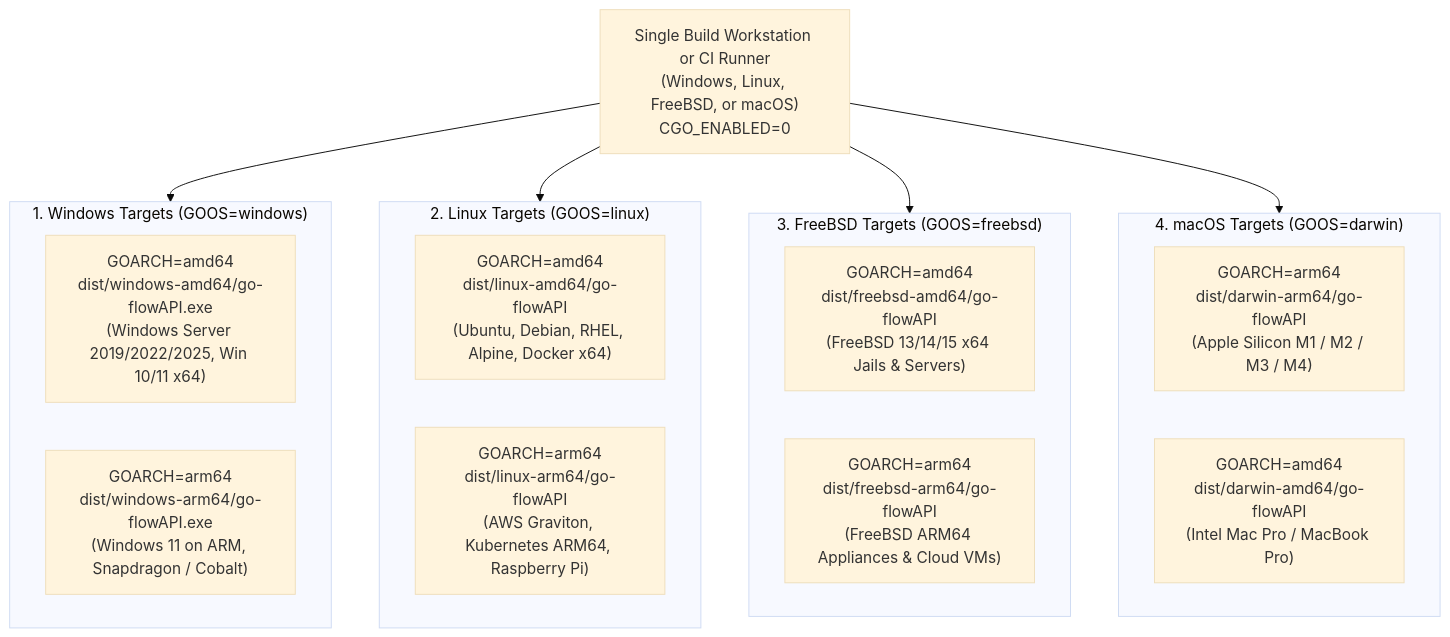
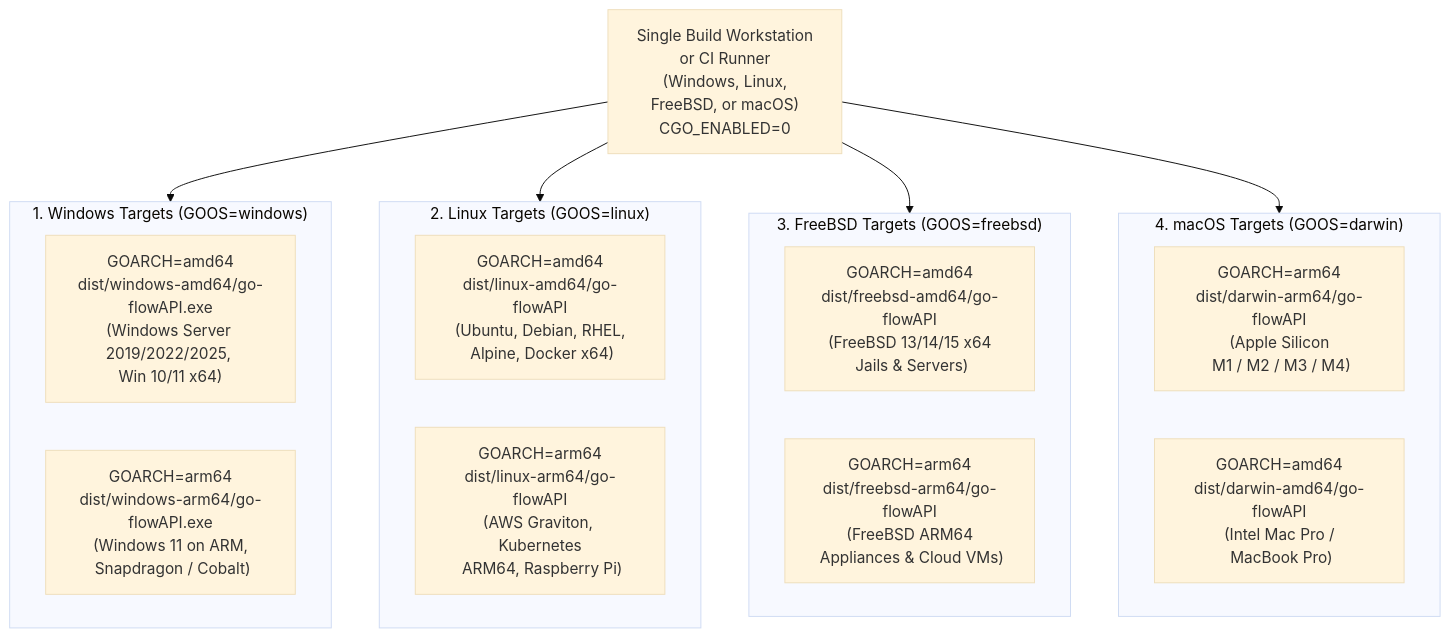
One commit to etl-madness/flow-docs changed the second of 2 diagrams in docs/guides/API_COMPILATION_AND_BUILD_GUIDE.md. Above: the diagram before and after it, drawn with Mermaid (base theme). The commit also changed other lines of this file and 4 other files, not shown here.

Commit message:
feat: git pages, mermaid graph cleanup v2

````diff
--- a/docs/guides/API_COMPILATION_AND_BUILD_GUIDE.md
+++ b/docs/guides/API_COMPILATION_AND_BUILD_GUIDE.md
@@ -141,26 +141,26 @@
 ```mermaid
 flowchart TD
-    HOST["Single Build Workstation or CI Runner<br/>(Windows, Linux, FreeBSD, or macOS)<br/>CGO_ENABLED=0"]
+    HOST["Single Build Workstation<br/> or CI Runner<br/>(Windows, Linux, <br/>FreeBSD, or macOS)<br/>CGO_ENABLED=0"]
 
     subgraph WinTargets["1. Windows Targets (GOOS=windows)"]
-        W_AMD["GOARCH=amd64<br/>dist/windows-amd64/go-flowAPI.exe<br/>(Windows Server 2019/2022/2025, Win 10/11 x64)"]
-        W_ARM["GOARCH=arm64<br/>dist/windows-arm64/go-flowAPI.exe<br/>(Windows 11 on ARM, Snapdragon / Cobalt)"]
+        W_AMD["GOARCH=amd64<br/>dist/windows-amd64/go-flowAPI.exe<br/>(Windows Server <br/>2019/2022/2025, <br/>Win 10/11 x64)"]
+        W_ARM["GOARCH=arm64<br/>dist/windows-arm64/go-flowAPI.exe<br/>(Windows 11 on ARM,<br/> Snapdragon / Cobalt)"]
     end
 
     subgraph LinTargets["2. Linux Targets (GOOS=linux)"]
-        L_AMD["GOARCH=amd64<br/>dist/linux-amd64/go-flowAPI<br/>(Ubuntu, Debian, RHEL, Alpine, Docker x64)"]
-        L_ARM["GOARCH=arm64<br/>dist/linux-arm64/go-flowAPI<br/>(AWS Graviton, Kubernetes ARM64, Raspberry Pi)"]
+        L_AMD["GOARCH=amd64<br/>dist/linux-amd64/go-flowAPI<br/>(Ubuntu, Debian, RHEL,<br/> Alpine, Docker x64)"]
+        L_ARM["GOARCH=arm64<br/>dist/linux-arm64/go-flowAPI<br/>(AWS Graviton, Kubernetes<br/> ARM64, Raspberry Pi)"]
     end
 
     subgraph BsdTargets["3. FreeBSD Targets (GOOS=freebsd)"]
-        F_AMD["GOARCH=amd64<br/>dist/freebsd-amd64/go-flowAPI<br/>(FreeBSD 13/14/15 x64 Jails & Servers)"]
-        F_ARM["GOARCH=arm64<br/>dist/freebsd-arm64/go-flowAPI<br/>(FreeBSD ARM64 Appliances & Cloud VMs)"]
+        F_AMD["GOARCH=amd64<br/>dist/freebsd-amd64/go-flowAPI<br/>(FreeBSD 13/14/15 x64<br/> Jails & Servers)"]
+        F_ARM["GOARCH=arm64<br/>dist/freebsd-arm64/go-flowAPI<br/>(FreeBSD ARM64<br/> Appliances & Cloud VMs)"]
     end
 
     subgraph MacTargets["4. macOS Targets (GOOS=darwin)"]
-        M_ARM["GOARCH=arm64<br/>dist/darwin-arm64/go-flowAPI<br/>(Apple Silicon M1 / M2 / M3 / M4)"]
-        M_AMD["GOARCH=amd64<br/>dist/darwin-amd64/go-flowAPI<br/>(Intel Mac Pro / MacBook Pro)"]
+        M_ARM["GOARCH=arm64<br/>dist/darwin-arm64/go-flowAPI<br/>(Apple Silicon<br/> M1 / M2 / M3 / M4)"]
+        M_AMD["GOARCH=amd64<br/>dist/darwin-amd64/go-flowAPI<br/>(Intel Mac Pro /<br/> MacBook Pro)"]
     end
 
     HOST --> WinTargets & LinTargets & BsdTargets & MacTargets
 ```
````
